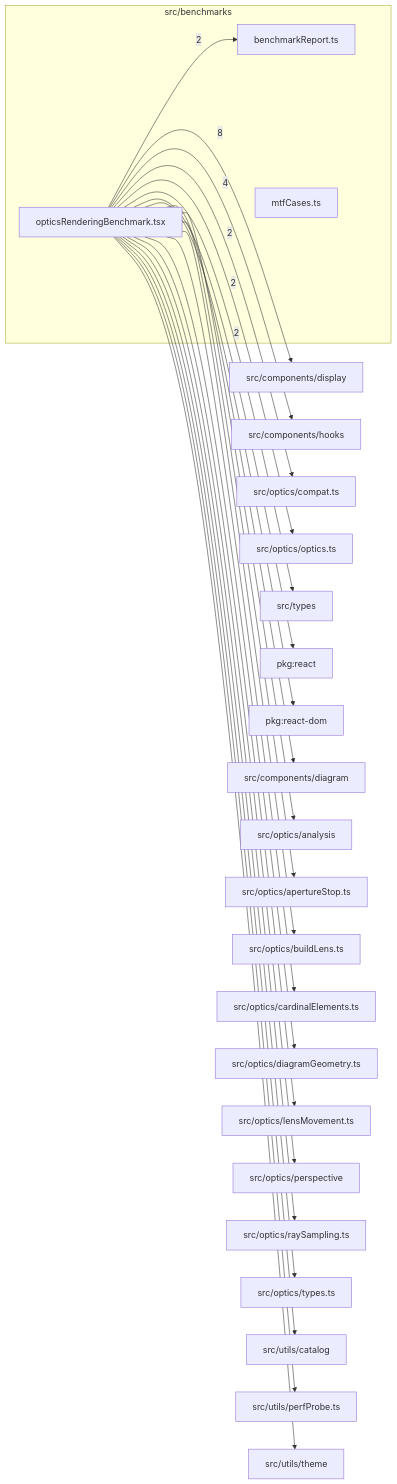
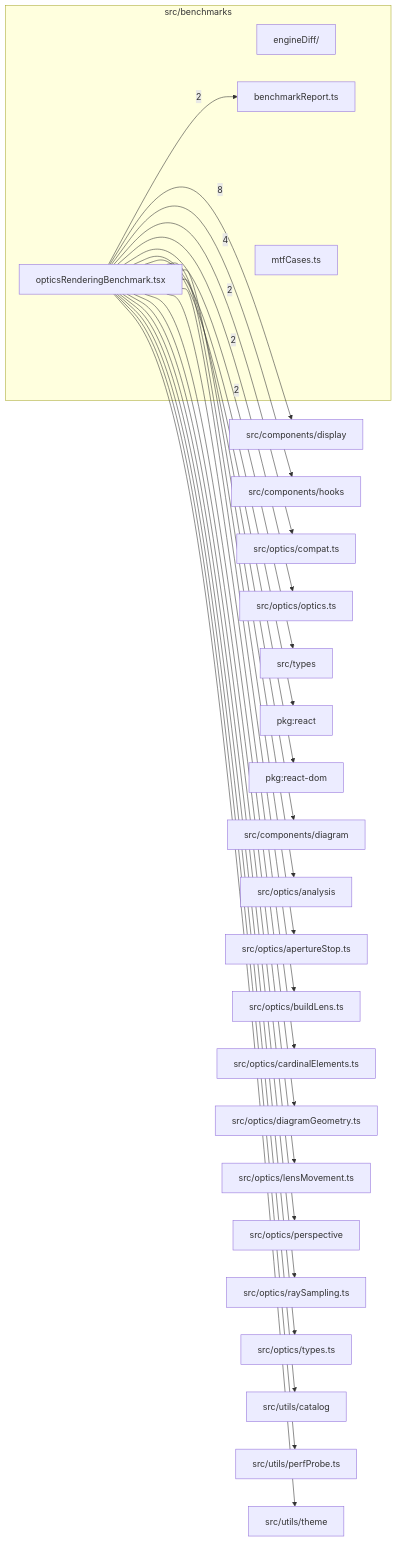
Before and after one commit to BeamFour/LensVisualizer: the diagram in src/benchmarks/readme.md, drawn with Mermaid. The commit also changed other lines of this file and 13 other files, not shown here.

````diff
--- a/src/benchmarks/readme.md
+++ b/src/benchmarks/readme.md
@@ -9,49 +9,50 @@
 ```mermaid
 flowchart LR
   subgraph n_src_benchmarks["src/benchmarks"]
+    n_src_benchmarks_src_benchmarks_engineDiff["engineDiff/"]
     n_src_benchmarks_src_benchmarks_benchmarkReport_ts["benchmarkReport.ts"]
     n_src_benchmarks_src_benchmarks_mtfCases_ts["mtfCases.ts"]
     n_src_benchmarks_src_benchmarks_opticsRenderingBenchmark_tsx["opticsRenderingBenchmark.tsx"]
   end
   n_external_src_components_display["src/components/display"]
   n_external_src_components_hooks["src/components/hooks"]
   n_external_src_optics_compat_ts["src/optics/compat.ts"]
   n_external_src_optics_optics_ts["src/optics/optics.ts"]
   n_external_src_types["src/types"]
   n_external_pkg_react["pkg:react"]
   n_external_pkg_react_dom["pkg:react-dom"]
   n_external_src_components_diagram["src/components/diagram"]
   n_external_src_optics_analysis["src/optics/analysis"]
   n_external_src_optics_apertureStop_ts["src/optics/apertureStop.ts"]
   n_external_src_optics_buildLens_ts["src/optics/buildLens.ts"]
   n_external_src_optics_cardinalElements_ts["src/optics/cardinalElements.ts"]
   n_external_src_optics_diagramGeometry_ts["src/optics/diagramGeometry.ts"]
   n_external_src_optics_lensMovement_ts["src/optics/lensMovement.ts"]
   n_external_src_optics_perspective["src/optics/perspective"]
   n_external_src_optics_raySampling_ts["src/optics/raySampling.ts"]
   n_external_src_optics_types_ts["src/optics/types.ts"]
   n_external_src_utils_catalog["src/utils/catalog"]
   n_external_src_utils_perfProbe_ts["src/utils/perfProbe.ts"]
   n_external_src_utils_theme["src/utils/theme"]
   n_src_benchmarks_src_benchmarks_opticsRenderingBenchmark_tsx --> |8| n_external_src_components_display
   n_src_benchmarks_src_benchmarks_opticsRenderingBenchmark_tsx --> |4| n_external_src_components_hooks
   n_src_benchmarks_src_benchmarks_opticsRenderingBenchmark_tsx --> |2| n_external_src_optics_compat_ts
   n_src_benchmarks_src_benchmarks_opticsRenderingBenchmark_tsx --> |2| n_external_src_optics_optics_ts
   n_src_benchmarks_src_benchmarks_opticsRenderingBenchmark_tsx --> |2| n_external_src_types
   n_src_benchmarks_src_benchmarks_opticsRenderingBenchmark_tsx --> |2| n_src_benchmarks_src_benchmarks_benchmarkReport_ts
   n_src_benchmarks_src_benchmarks_opticsRenderingBenchmark_tsx --> n_external_pkg_react
   n_src_benchmarks_src_benchmarks_opticsRenderingBenchmark_tsx --> n_external_pkg_react_dom
   n_src_benchmarks_src_benchmarks_opticsRenderingBenchmark_tsx --> n_external_src_components_diagram
   n_src_benchmarks_src_benchmarks_opticsRenderingBenchmark_tsx --> n_external_src_optics_analysis
   n_src_benchmarks_src_benchmarks_opticsRenderingBenchmark_tsx --> n_external_src_optics_apertureStop_ts
   n_src_benchmarks_src_benchmarks_opticsRenderingBenchmark_tsx --> n_external_src_optics_buildLens_ts
   n_src_benchmarks_src_benchmarks_opticsRenderingBenchmark_tsx --> n_external_src_optics_cardinalElements_ts
   n_src_benchmarks_src_benchmarks_opticsRenderingBenchmark_tsx --> n_external_src_optics_diagramGeometry_ts
   n_src_benchmarks_src_benchmarks_opticsRenderingBenchmark_tsx --> n_external_src_optics_lensMovement_ts
   n_src_benchmarks_src_benchmarks_opticsRenderingBenchmark_tsx --> n_external_src_optics_perspective
   n_src_benchmarks_src_benchmarks_opticsRenderingBenchmark_tsx --> n_external_src_optics_raySampling_ts
   n_src_benchmarks_src_benchmarks_opticsRenderingBenchmark_tsx --> n_external_src_optics_types_ts
   n_src_benchmarks_src_benchmarks_opticsRenderingBenchmark_tsx --> n_external_src_utils_catalog
   n_src_benchmarks_src_benchmarks_opticsRenderingBenchmark_tsx --> n_external_src_utils_perfProbe_ts
   n_src_benchmarks_src_benchmarks_opticsRenderingBenchmark_tsx --> n_external_src_utils_theme
 ```
````
